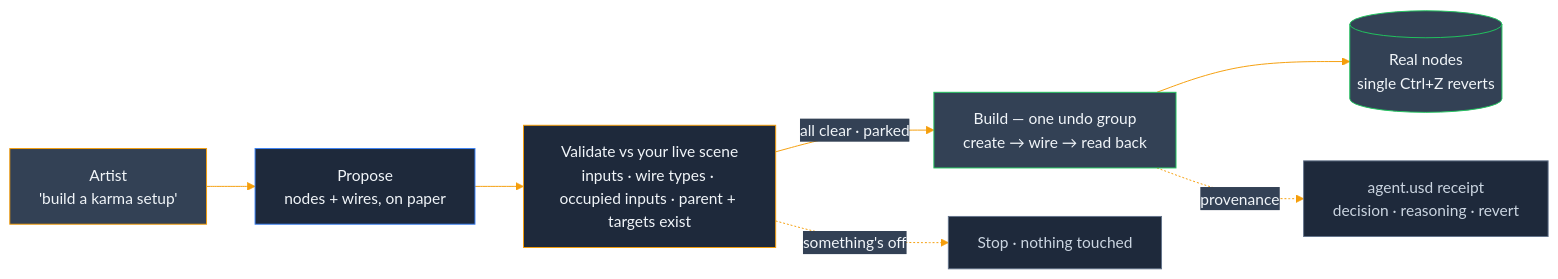
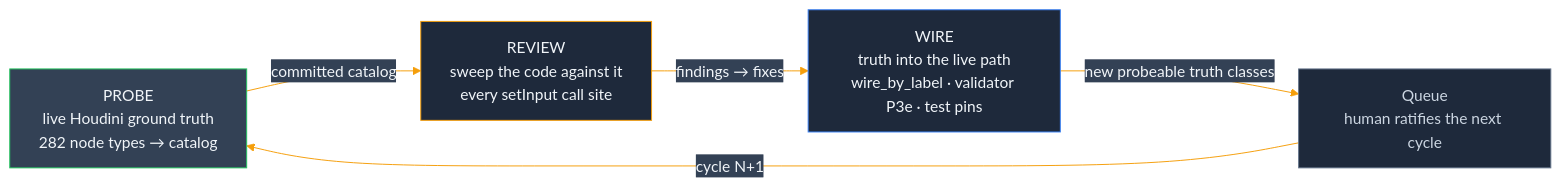
Before and after one commit to JosephOIbrahim/Synapse: the second of 5 diagrams in README.md, drawn with Mermaid. The commit also changed other lines of this file and 5 other files, not shown here.

````diff
--- a/README.md
+++ b/README.md
@@ -76,15 +103,12 @@
 ```mermaid
 %%{init: {'theme':'base', 'themeVariables': {'primaryColor':'#1e293b','primaryTextColor':'#f1f5f9','primaryBorderColor':'#0f172a','lineColor':'#f59e0b','secondaryColor':'#334155','tertiaryColor':'#475569'}}}%%
 flowchart LR
-    ASK["Artist<br/>'build a karma setup'"]:::artist --> PROP["Propose<br/>nodes + wires, on paper"]:::panel
-    PROP --> VAL["Validate vs your live scene<br/>inputs · wire types · occupied inputs · parent + targets exist"]:::bridge
-    VAL -->|"all clear · parked"| BUILD["Build — one undo group<br/>create → wire → read back"]:::hou
-    VAL -.->|"something's off"| STOP["Stop · nothing touched"]:::side
-    BUILD --> NODES[("Real nodes<br/>single Ctrl+Z reverts")]:::hou
-    BUILD -.provenance.-> REC["agent.usd receipt<br/>decision · reasoning · revert"]:::side
-    classDef artist fill:#334155,stroke:#f59e0b,color:#f1f5f9
+    PROBE["PROBE<br/>live Houdini ground truth<br/>282 node types → catalog"]:::hou -->|"committed catalog"| REV["REVIEW<br/>sweep the code against it<br/>every setInput call site"]:::bridge
+    REV -->|"findings → fixes"| WIRE["WIRE<br/>truth into the live path<br/>wire_by_label · validator P3e · test pins"]:::panel
+    WIRE -->|"new probeable truth classes"| NEXT["Queue<br/>human ratifies the next cycle"]:::side
+    NEXT -->|"cycle N+1"| PROBE
     classDef panel fill:#1e293b,stroke:#3b82f6,color:#f1f5f9
     classDef bridge fill:#1e293b,stroke:#f59e0b,color:#f1f5f9
     classDef hou fill:#334155,stroke:#22c55e,color:#f1f5f9
     classDef side fill:#1e293b,stroke:#64748b,color:#cbd5e1
 ```
````
